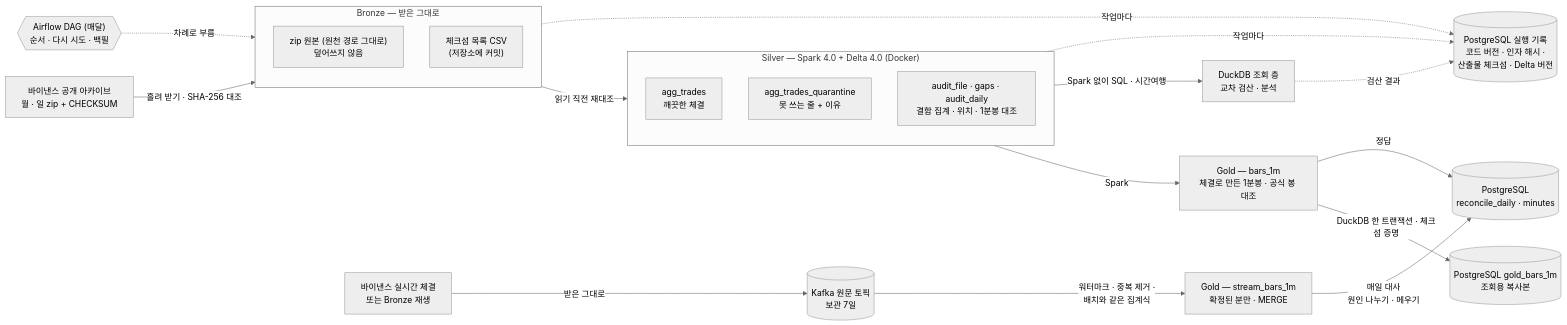
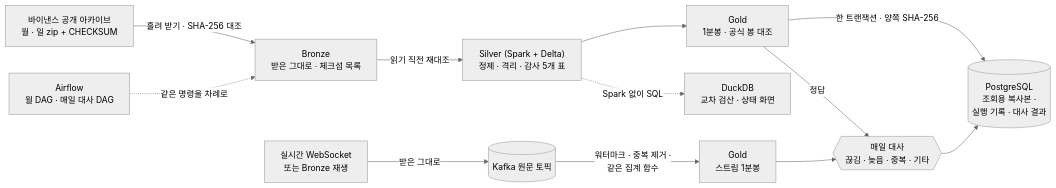
One commit to seoloo/Market_Data_Platform changed the diagram in README.md. Above: the diagram before and after it, drawn with Mermaid (neutral theme). The commit also changed other lines of this file, not shown here.

````diff
--- a/README.md
+++ b/README.md
@@ -30,25 +57,14 @@
 ```mermaid
 flowchart LR
-    SRC["바이낸스 공개 아카이브<br/>월 · 일 zip + CHECKSUM"] -->|흘려 받기 · SHA-256 대조| BRZ
-    subgraph BRZ["Bronze — 받은 그대로"]
-        B1["zip 원본 (원천 경로 그대로)<br/>덮어쓰지 않음"]
-        B2["체크섬 목록 CSV<br/>(저장소에 커밋)"]
-    end
-    BRZ -->|읽기 직전 재대조| SLV
-    subgraph SLV["Silver — Spark 4.0 + Delta 4.0 (Docker)"]
-        S1["agg_trades<br/>깨끗한 체결"]
-        S2["agg_trades_quarantine<br/>못 쓰는 줄 + 이유"]
-        S3["audit_file · gaps · audit_daily<br/>결함 집계 · 위치 · 1분봉 대조"]
-    end
-    SLV -->|Spark| GLD["Gold — bars_1m<br/>체결로 만든 1분봉 · 공식 봉 대조"]
-    GLD -->|DuckDB 한 트랜잭션 · 체크섬 증명| PGB[("PostgreSQL gold_bars_1m<br/>조회용 복사본")]
-    SLV -->|Spark 없이 SQL · 시간여행| DUCK["DuckDB 조회 층<br/>교차 검산 · 분석"]
-    BRZ -. 작업마다 .-> LOG[("PostgreSQL 실행 기록<br/>코드 버전 · 인자 해시 ·<br/>산출물 체크섬 · Delta 버전")]
-    SLV -. 작업마다 .-> LOG
-    DUCK -. 검산 결과 .-> LOG
-    AF{{"Airflow DAG (매달)<br/>순서 · 다시 시도 · 백필"}} -. 차례로 부름 .-> BRZ
-    WS["바이낸스 실시간 체결<br/>또는 Bronze 재생"] -->|받은 그대로| KFK[("Kafka 원문 토픽<br/>보관 7일")]
-    KFK -->|"워터마크 · 중복 제거 ·<br/>배치와 같은 집계식"| SB["Gold — stream_bars_1m<br/>확정된 분만 · MERGE"]
-    SB -->|"매일 대사<br/>원인 나누기 · 메우기"| REC[("PostgreSQL<br/>reconcile_daily · minutes")]
+    SRC["바이낸스 공개 아카이브<br/>월 · 일 zip + CHECKSUM"] -->|흘려 받기 · SHA-256 대조| BRZ["Bronze<br/>받은 그대로 · 체크섬 목록"]
+    BRZ -->|읽기 직전 재대조| SLV["Silver (Spark + Delta)<br/>정제 · 격리 · 감사 5개 표"]
+    SLV --> GLD["Gold<br/>1분봉 · 공식 봉 대조"]
+    GLD -->|한 트랜잭션 · 양쪽 SHA-256| PG[("PostgreSQL<br/>조회용 복사본 ·<br/>실행 기록 · 대사 결과")]
+    SLV -. Spark 없이 SQL .-> DUCK["DuckDB<br/>교차 검산 · 상태 화면"]
+    WS["실시간 WebSocket<br/>또는 Bronze 재생"] -->|받은 그대로| KFK[("Kafka 원문 토픽")]
+    KFK -->|"워터마크 · 중복 제거 ·<br/>같은 집계 함수"| SB["Gold<br/>스트림 1분봉"]
+    SB --> REC{{"매일 대사<br/>끊김 · 늦음 · 중복 · 기타"}}
     GLD -->|정답| REC
+    REC --> PG
+    AF["Airflow<br/>월 DAG · 매일 대사 DAG"] -. 같은 명령을 차례로 .-> BRZ
 ```
````
